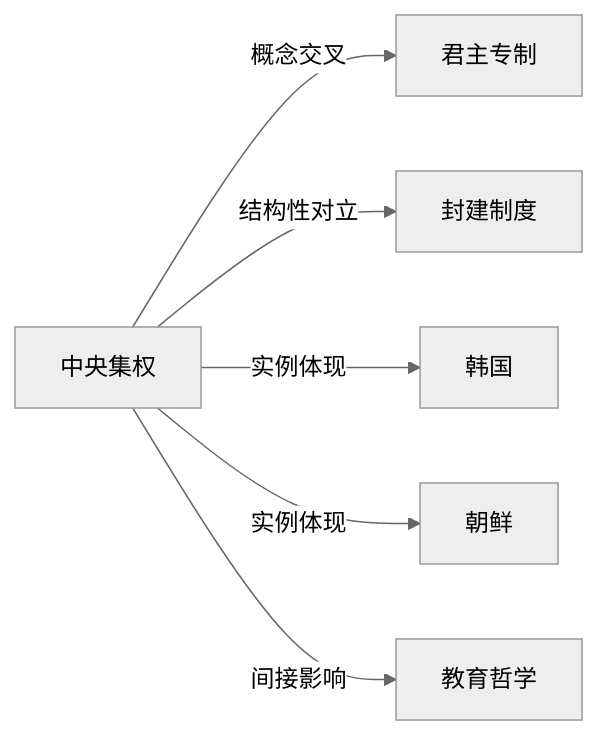
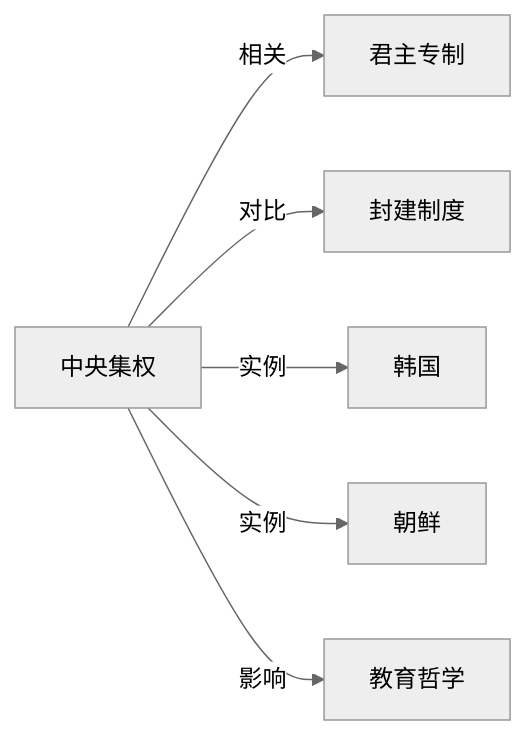
Before and after one commit to KIMMCHOW/MyKnowledge: the diagram in Knowledge/Concepts/政治/中央集权.md, drawn with Mermaid (neutral theme). The commit also changed 95 other files, not shown here.

Commit message:
reorganize: 统一关系图边标签为11类

````diff
--- a/Knowledge/Concepts/政治/中央集权.md
+++ b/Knowledge/Concepts/政治/中央集权.md
@@ -45,8 +45,8 @@
 ```mermaid
 graph LR
-中央集权 -->|概念交叉| 君主专制
-中央集权 -->|结构性对立| 封建制度
-中央集权 -->|实例体现| 韩国
-中央集权 -->|实例体现| 朝鲜
-中央集权 -->|间接影响| 教育哲学
+中央集权 -->|相关| 君主专制
+中央集权 -->|对比| 封建制度
+中央集权 -->|实例| 韩国
+中央集权 -->|实例| 朝鲜
+中央集权 -->|影响| 教育哲学
 ```
````
